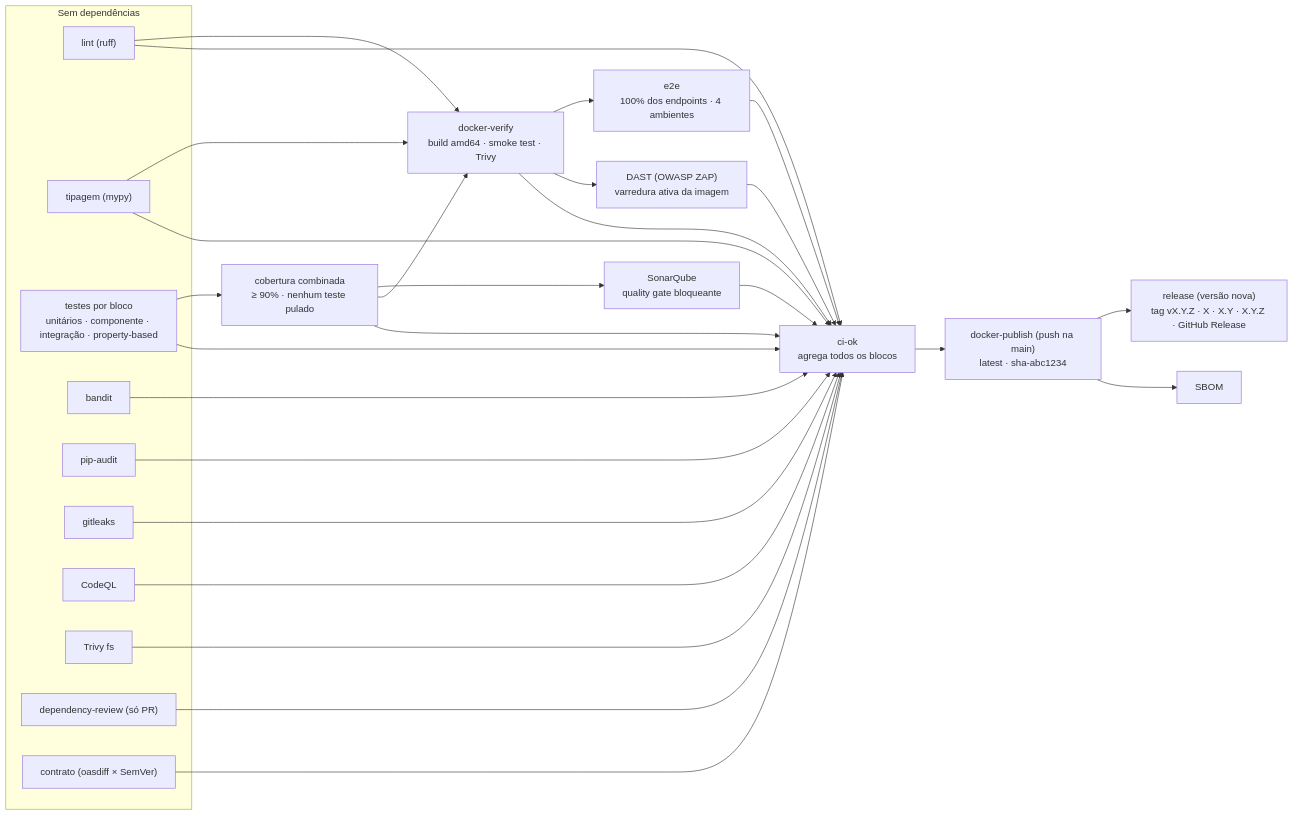
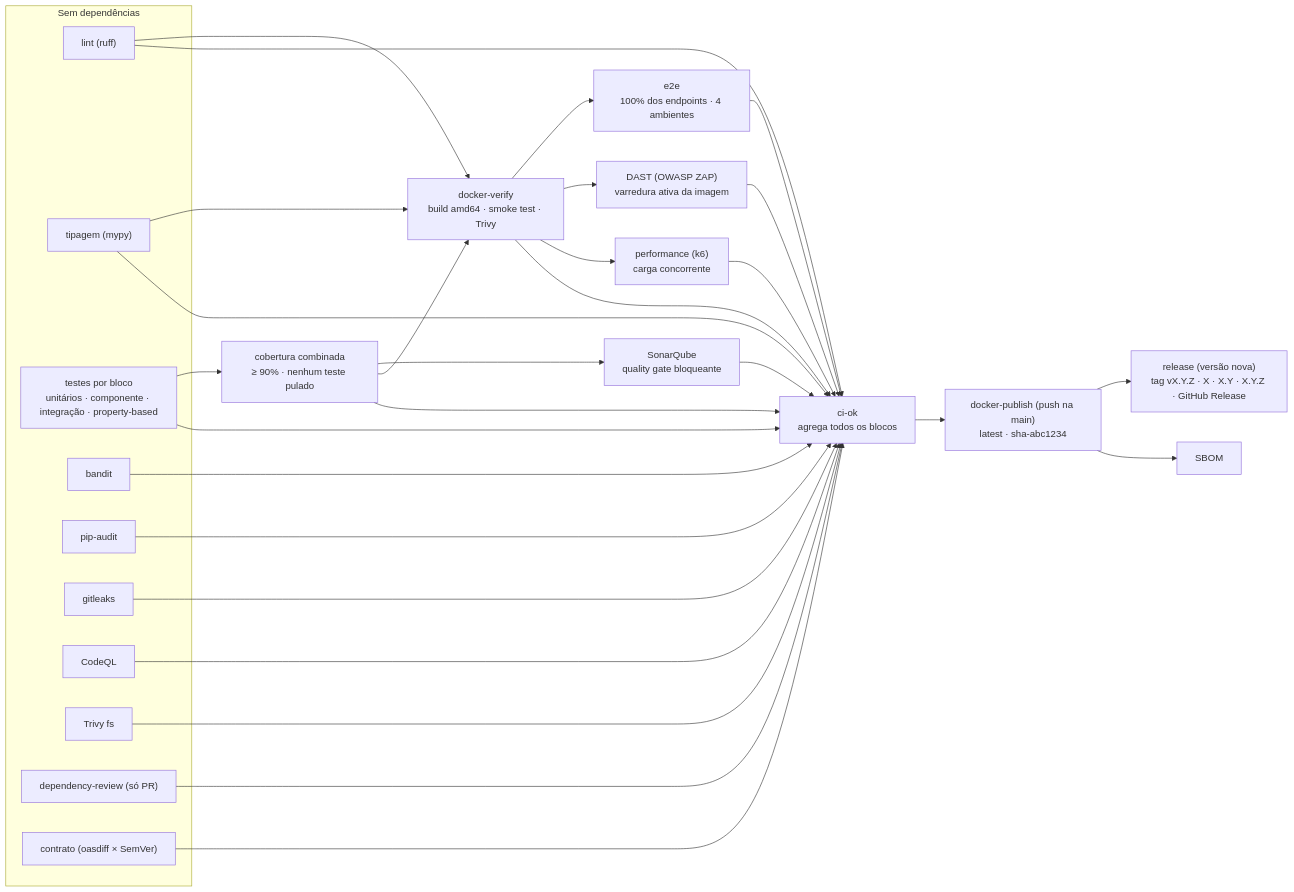
Before and after one commit to rlquilez/b3datetime: the sixth of 7 diagrams in README.md, drawn with Mermaid. The commit also changed other lines of this file and 11 other files, not shown here.

````diff
--- a/README.md
+++ b/README.md
@@ -872,22 +873,23 @@
 ```mermaid
 flowchart LR
     subgraph paralelo["Sem dependências"]
         lint["lint (ruff)"]
         typecheck["tipagem (mypy)"]
         test["testes por bloco<br/>unitários · componente · integração · property-based"]
         bandit["bandit"]
         pipaudit["pip-audit"]
         gitleaks["gitleaks"]
         codeql["CodeQL"]
         trivyfs["Trivy fs"]
         depreview["dependency-review (só PR)"]
         contract["contrato (oasdiff × SemVer)"]
     end
     test --> cov["cobertura combinada<br/>≥ 90% · nenhum teste pulado"] --> sonar["SonarQube<br/>quality gate bloqueante"]
     lint & typecheck & cov --> dv["docker-verify<br/>build amd64 · smoke test · Trivy"]
     dv --> e2e["e2e<br/>100% dos endpoints · 4 ambientes"]
     dv --> dast["DAST (OWASP ZAP)<br/>varredura ativa da imagem"]
+    dv --> perf["performance (k6)<br/>carga concorrente"]
     pub --> rel["release (versão nova)<br/>tag vX.Y.Z · X · X.Y · X.Y.Z · GitHub Release"]
-    lint & typecheck & test & cov & sonar & bandit & pipaudit & gitleaks & codeql & trivyfs & contract & dv & e2e & dast & depreview --> ok["ci-ok<br/>agrega todos os blocos"]
+    lint & typecheck & test & cov & sonar & bandit & pipaudit & gitleaks & codeql & trivyfs & contract & dv & e2e & dast & perf & depreview --> ok["ci-ok<br/>agrega todos os blocos"]
     ok --> pub["docker-publish (push na main)<br/>latest · sha-abc1234"] --> sbom["SBOM"]
 ```
````
